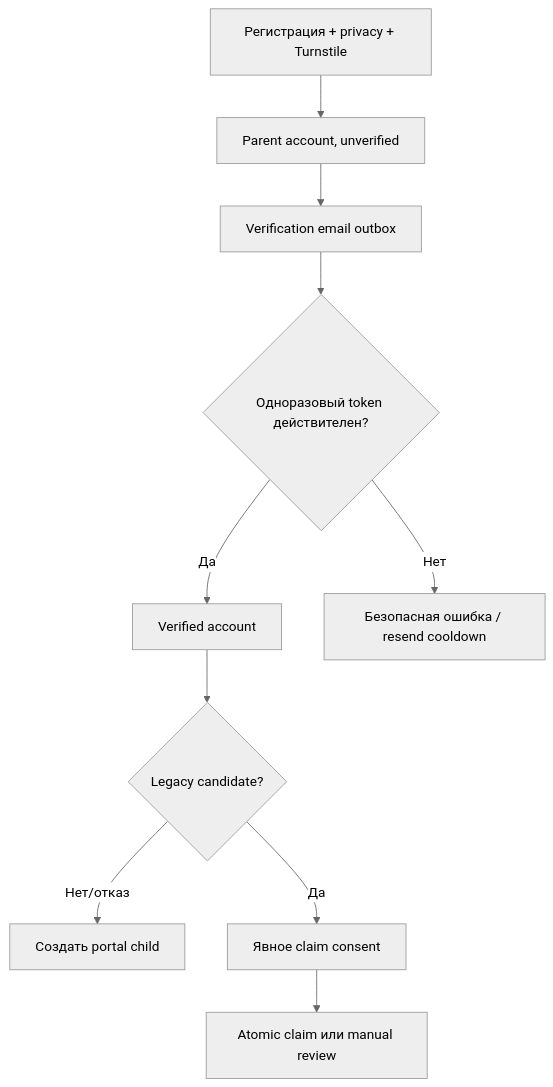
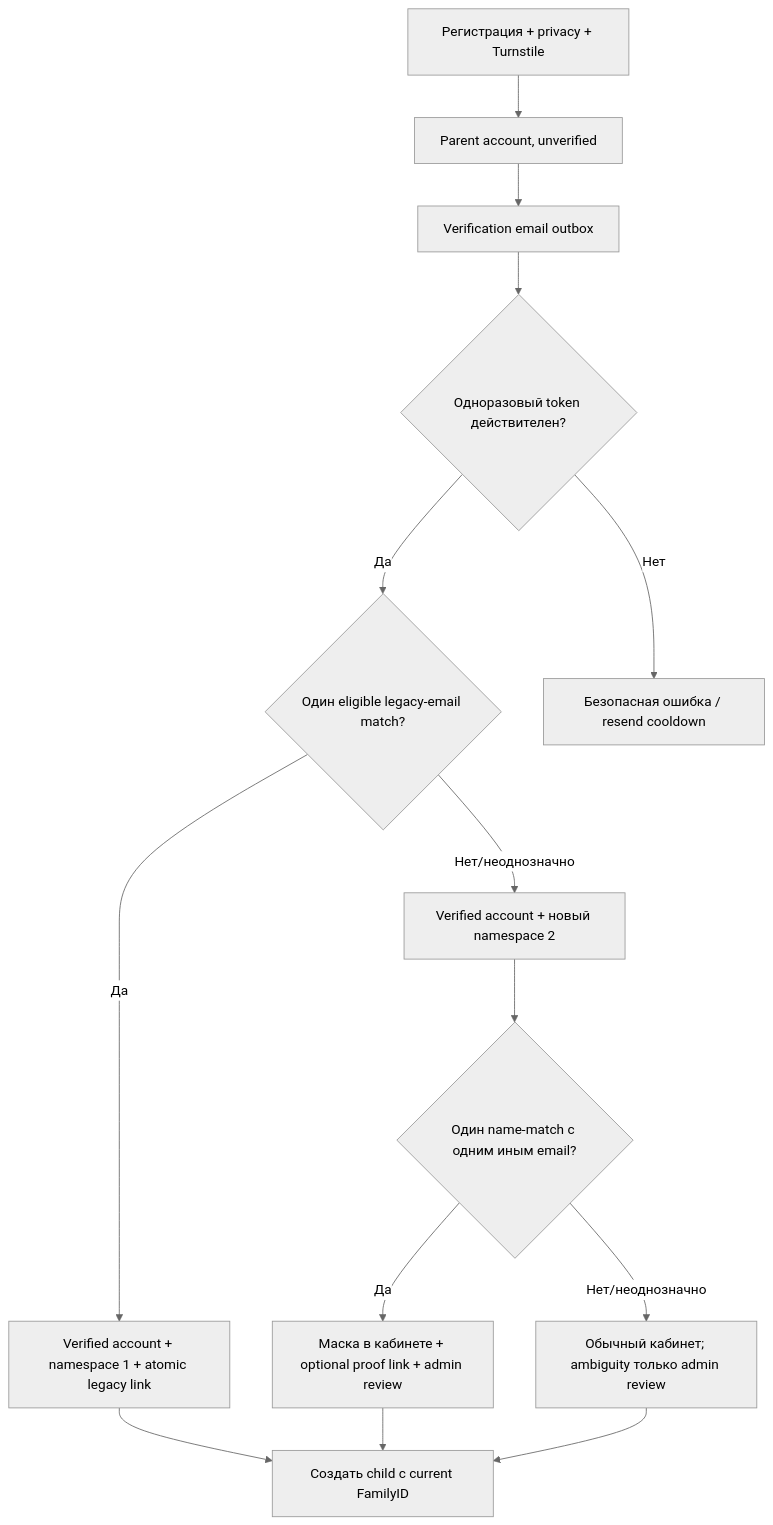
Before and after one commit to gluonMaster/reg_allgemein: the first of 2 diagrams in docs/domain/WORKFLOWS.md, drawn with Mermaid (neutral theme). The commit also changed other lines of this file and 26 other files, not shown here.

````diff
--- a/docs/domain/WORKFLOWS.md
+++ b/docs/domain/WORKFLOWS.md
@@ -8,12 +8,16 @@
 ```mermaid
 flowchart TD
     A["Регистрация + privacy + Turnstile"] --> B["Parent account, unverified"]
     B --> C["Verification email outbox"]
     C --> D{"Одноразовый token действителен?"}
-    D -- "Да" --> E["Verified account"]
+    D -- "Да" --> E{"Один eligible legacy-email match?"}
     D -- "Нет" --> F["Безопасная ошибка / resend cooldown"]
-    E --> G{"Legacy candidate?"}
-    G -- "Нет/отказ" --> H["Создать portal child"]
-    G -- "Да" --> I["Явное claim consent"]
-    I --> J["Atomic claim или manual review"]
+    E -- "Да" --> G["Verified account + namespace 1 + atomic legacy link"]
+    E -- "Нет/неоднозначно" --> H["Verified account + новый namespace 2"]
+    H --> I{"Один name-match с одним иным email?"}
+    I -- "Да" --> J["Маска в кабинете + optional proof link + admin review"]
+    I -- "Нет/неоднозначно" --> K["Обычный кабинет; ambiguity только admin review"]
+    G --> L["Создать child с current FamilyID"]
+    J --> L
+    K --> L
 ```
````
